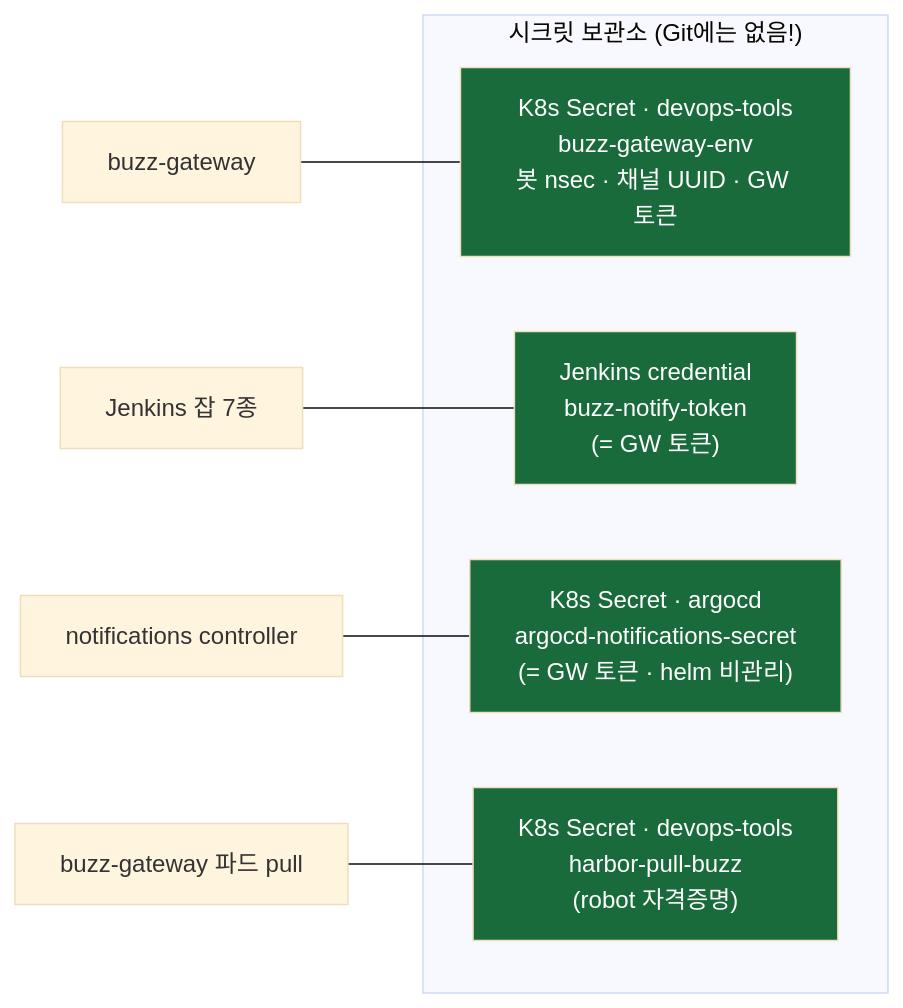
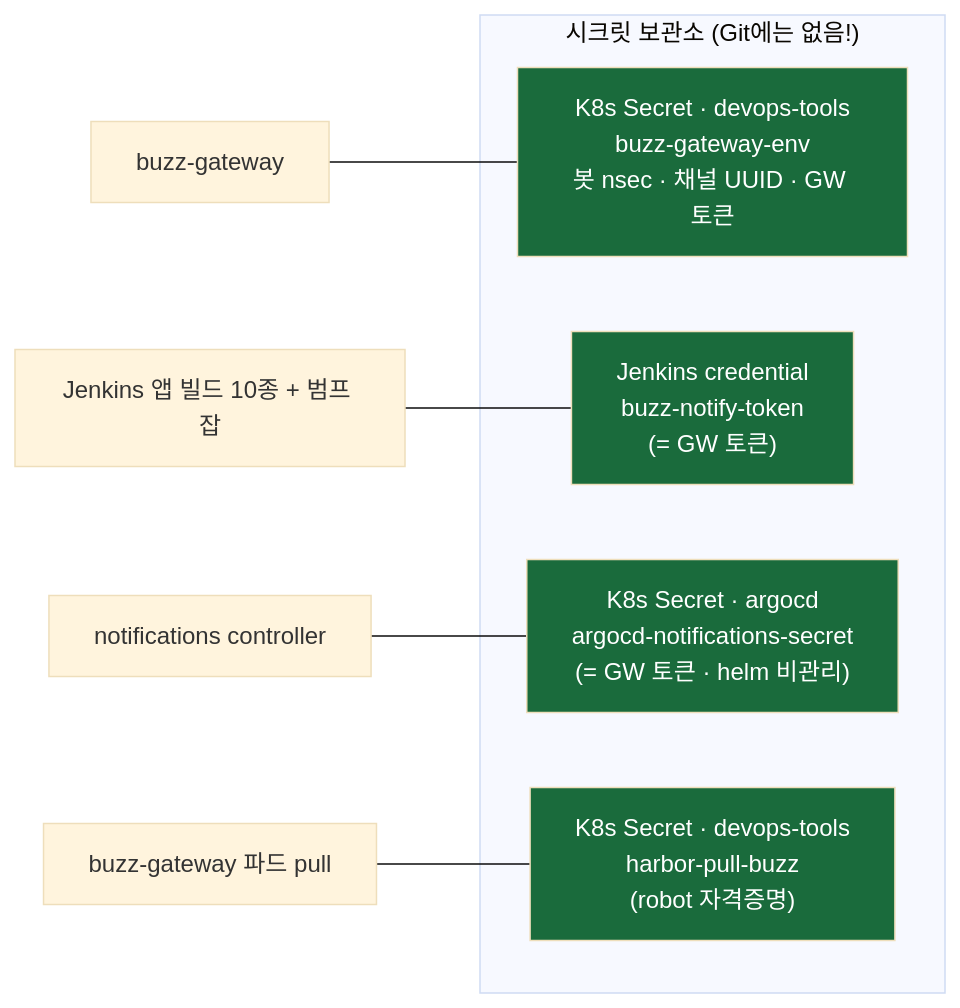
Before and after one commit to kimjoongwon/prj-devops: the fifth of 7 diagrams in docs/buzz-architecture-visual.md, drawn with Mermaid (base theme). The commit also changed other lines of this file and 12 other files, not shown here.

````diff
--- a/docs/buzz-architecture-visual.md
+++ b/docs/buzz-architecture-visual.md
@@ -170,19 +175,19 @@
 ```mermaid
 flowchart LR
     subgraph WHERE["시크릿 보관소 (Git에는 없음!)"]
         S1["K8s Secret · devops-tools<br/>buzz-gateway-env<br/>봇 nsec · 채널 UUID · GW 토큰"]
         S2["Jenkins credential<br/>buzz-notify-token<br/>(= GW 토큰)"]
         S3["K8s Secret · argocd<br/>argocd-notifications-secret<br/>(= GW 토큰 · helm 비관리)"]
         S4["K8s Secret · devops-tools<br/>harbor-pull-buzz<br/>(robot 자격증명)"]
     end
 
     GWX["buzz-gateway"] --- S1
-    JX["Jenkins 잡 7종"] --- S2
+    JX["Jenkins 앱 빌드 10종 + 범프 잡"] --- S2
     NX["notifications controller"] --- S3
     GWX2["buzz-gateway 파드 pull"] --- S4
 
     style S1 fill:#1a6b3c,color:#fff
     style S2 fill:#1a6b3c,color:#fff
     style S3 fill:#1a6b3c,color:#fff
     style S4 fill:#1a6b3c,color:#fff
 ```
````
